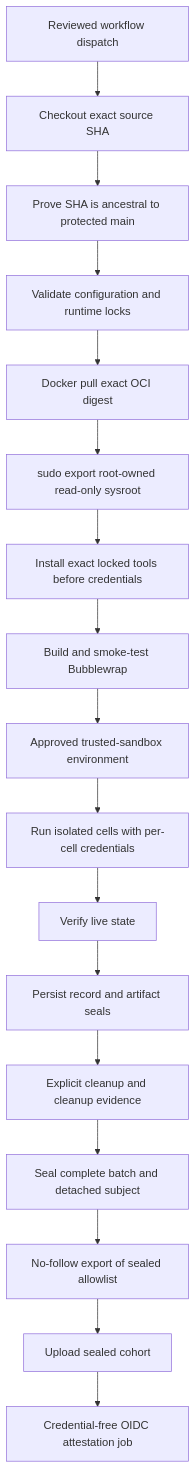
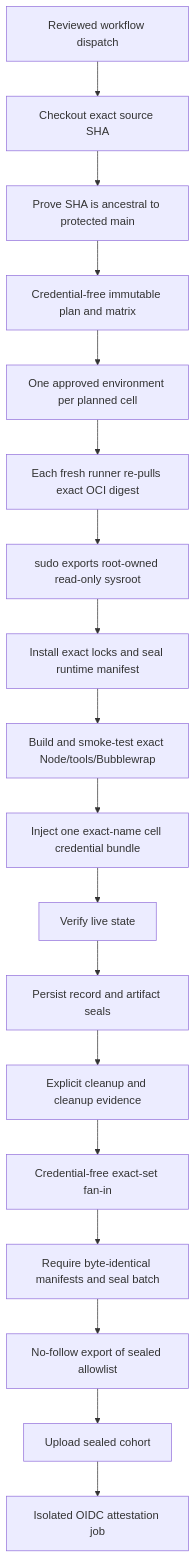
The diagram in ax-arena/benchmark/TRUSTED_EXECUTION_DESIGN.md (chenmingtang830/ax-eval), drawn with Mermaid before and after one commit. The commit also changed other lines of this file and 47 other files, not shown here.

Commit message:
Cut trusted execution over to sealed cell fan-out

````diff
--- a/ax-arena/benchmark/TRUSTED_EXECUTION_DESIGN.md
+++ b/ax-arena/benchmark/TRUSTED_EXECUTION_DESIGN.md
@@ -138,19 +138,20 @@
 ```mermaid
 flowchart TD
   D["Reviewed workflow dispatch"] --> S["Checkout exact source SHA"]
   S --> A["Prove SHA is ancestral to protected main"]
-  A --> L["Validate configuration and runtime locks"]
-  L --> P["Docker pull exact OCI digest"]
-  P --> X["sudo export root-owned read-only sysroot"]
-  X --> T["Install exact locked tools before credentials"]
-  T --> B["Build and smoke-test Bubblewrap"]
-  B --> E["Approved trusted-sandbox environment"]
-  E --> C["Run isolated cells with per-cell credentials"]
+  A --> L["Credential-free immutable plan and matrix"]
+  L --> E["One approved environment per planned cell"]
+  E --> P["Each fresh runner re-pulls exact OCI digest"]
+  P --> X["sudo exports root-owned read-only sysroot"]
+  X --> T["Install exact locks and seal runtime manifest"]
+  T --> B["Build and smoke-test exact Node/tools/Bubblewrap"]
+  B --> C["Inject one exact-name cell credential bundle"]
   C --> V["Verify live state"]
   V --> R["Persist record and artifact seals"]
   R --> K["Explicit cleanup and cleanup evidence"]
-  K --> M["Seal complete batch and detached subject"]
+  K --> F["Credential-free exact-set fan-in"]
+  F --> M["Require byte-identical manifests and seal batch"]
   M --> Q["No-follow export of sealed allowlist"]
   Q --> U["Upload sealed cohort"]
-  U --> O["Credential-free OIDC attestation job"]
+  U --> O["Isolated OIDC attestation job"]
 ```
````
